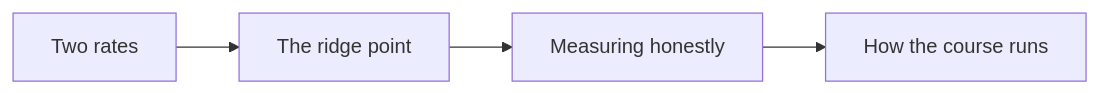
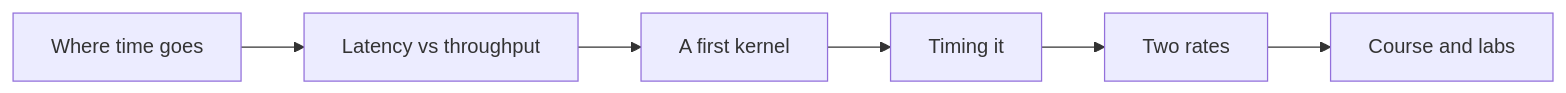
Before and after one commit to kashifulhaque/learn-gpu: the first of 6 diagrams in content/slides/00-what-you-are-building.md, drawn with Mermaid. The commit also changed other lines of this file and 199 other files, not shown here.

````diff
--- a/content/slides/00-what-you-are-building.md
+++ b/content/slides/00-what-you-are-building.md
@@ -50,6 +41,8 @@
 ```mermaid
 flowchart LR
-  A[Two rates] --> B[The ridge point]
-  B --> C[Measuring honestly]
-  C --> D[How the course runs]
+  A[Where time goes] --> B[Latency vs throughput]
+  B --> C[A first kernel]
+  C --> D[Timing it]
+  D --> E[Two rates]
+  E --> F[Course and labs]
 ```
````
